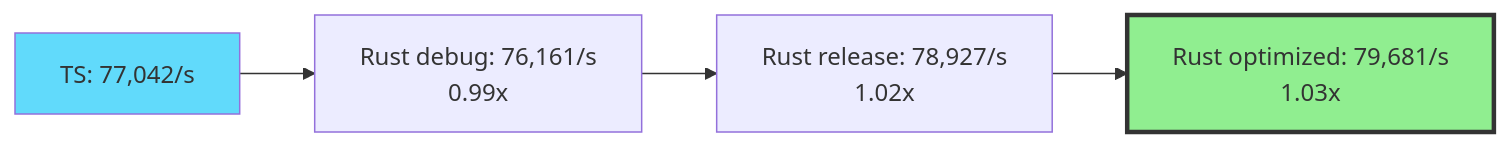
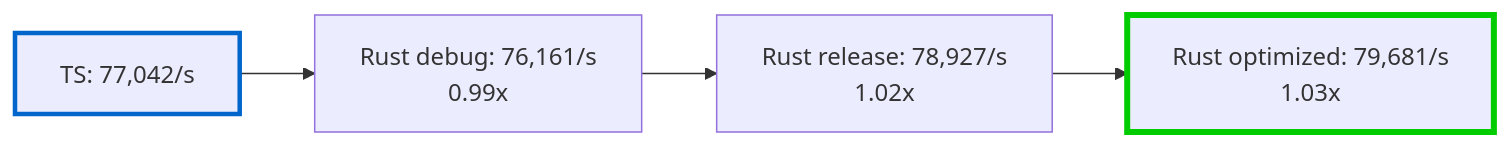
The first of 2 diagrams in docs-site/docs/guide/rust-optimization.md (Michael--/modular-runtime), drawn with Mermaid before and after one commit. The commit also changed other lines of this file and 3 other files, not shown here.

Commit message:
fix(docs): use stroke-only colors for theme compatibility and correct architecture diagram

````diff
--- a/docs-site/docs/guide/rust-optimization.md
+++ b/docs-site/docs/guide/rust-optimization.md
@@ -156,9 +156,9 @@
 ```mermaid
 graph LR
     A[TS: 77,042/s] --> B[Rust debug: 76,161/s<br/>0.99x]
     B --> C[Rust release: 78,927/s<br/>1.02x]
     C --> D[Rust optimized: 79,681/s<br/>1.03x]
 
-    style A fill:#61dafb
-    style D fill:#90EE90,stroke:#333,stroke-width:3px
+    style A stroke:#0066cc,stroke-width:3px
+    style D stroke:#00cc00,stroke-width:4px
 ```
````
